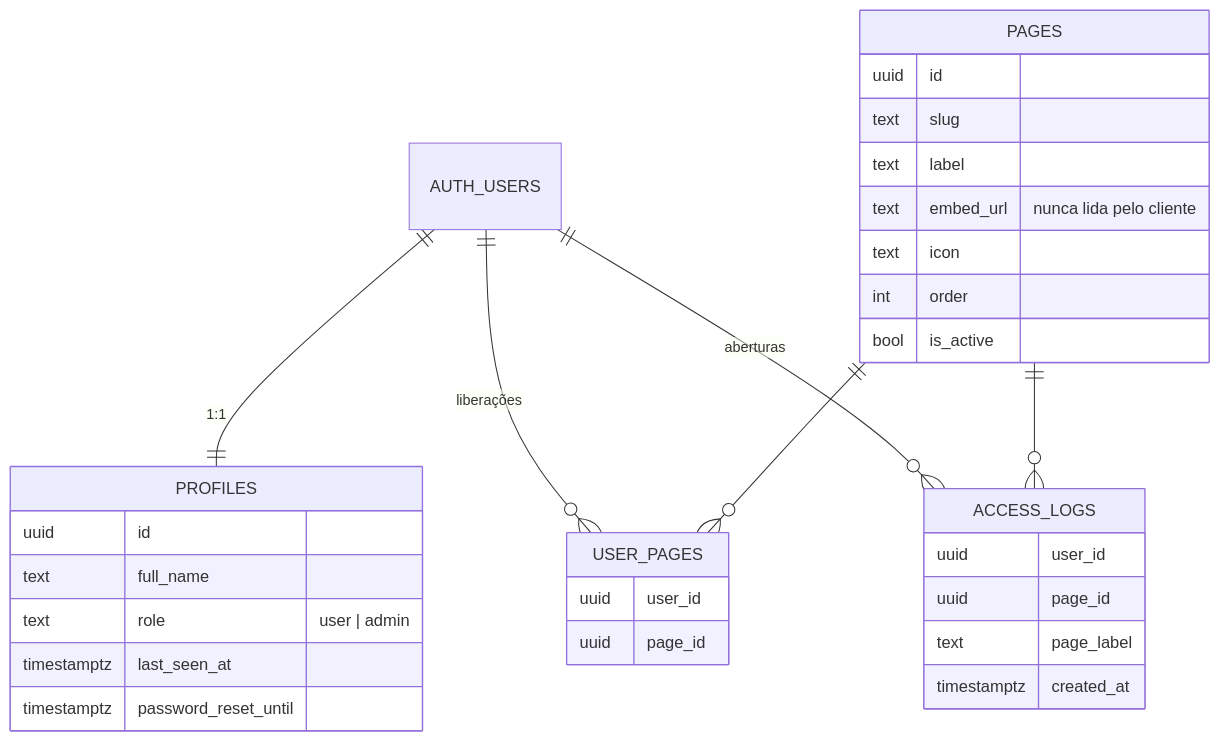
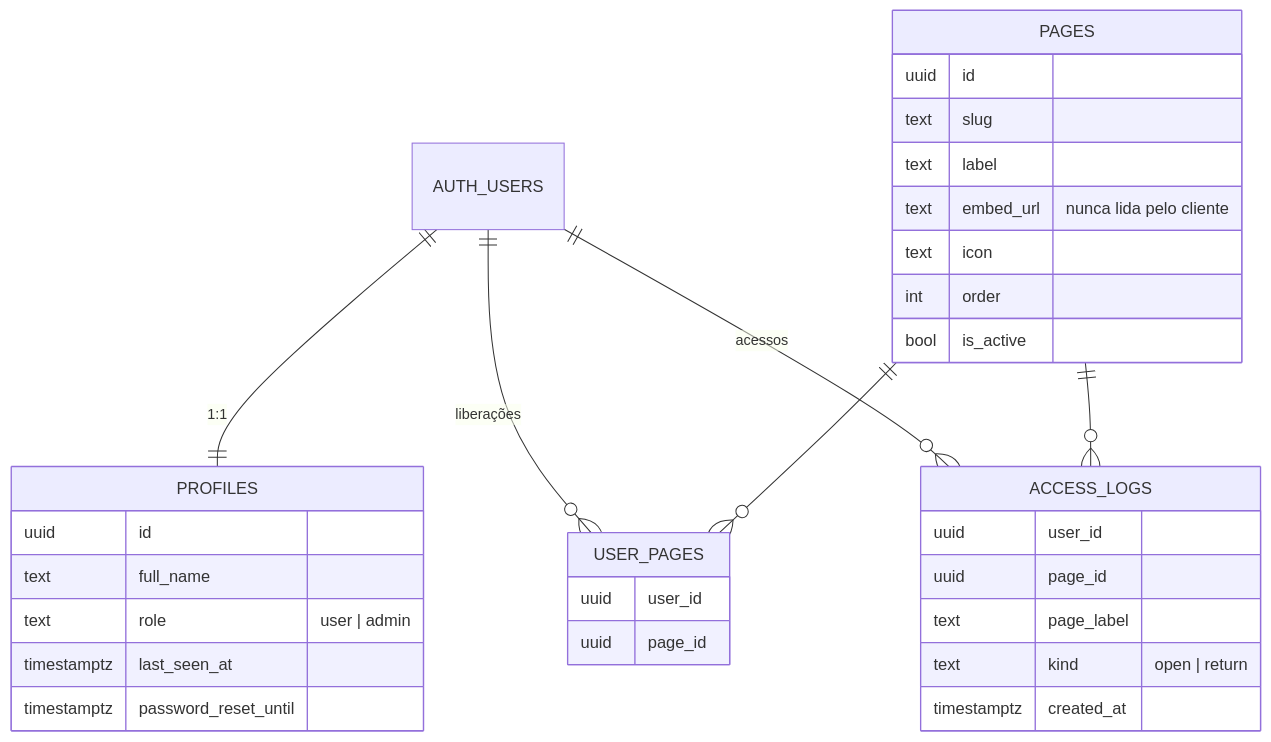
Before and after one commit to MuriloVolante/Portal_BI: the second of 2 diagrams in README.md, drawn with Mermaid. The commit also changed other lines of this file and 11 other files, not shown here.

````diff
--- a/README.md
+++ b/README.md
@@ -170,35 +170,36 @@
 ```mermaid
 erDiagram
     AUTH_USERS ||--|| PROFILES : "1:1"
     AUTH_USERS ||--o{ USER_PAGES : "liberações"
     PAGES ||--o{ USER_PAGES : ""
-    AUTH_USERS ||--o{ ACCESS_LOGS : "aberturas"
+    AUTH_USERS ||--o{ ACCESS_LOGS : "acessos"
     PAGES ||--o{ ACCESS_LOGS : ""
 
     PROFILES {
         uuid id
         text full_name
         text role "user | admin"
         timestamptz last_seen_at
         timestamptz password_reset_until
     }
     PAGES {
         uuid id
         text slug
         text label
         text embed_url "nunca lida pelo cliente"
         text icon
         int order
         bool is_active
     }
     USER_PAGES {
         uuid user_id
         uuid page_id
     }
     ACCESS_LOGS {
         uuid user_id
         uuid page_id
         text page_label
+        text kind "open | return"
         timestamptz created_at
     }
 ```
````
